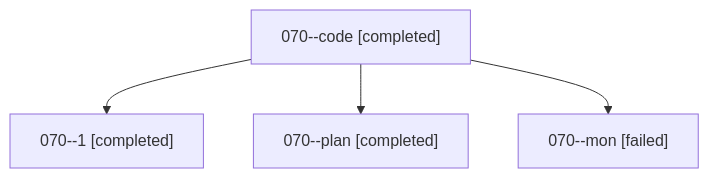
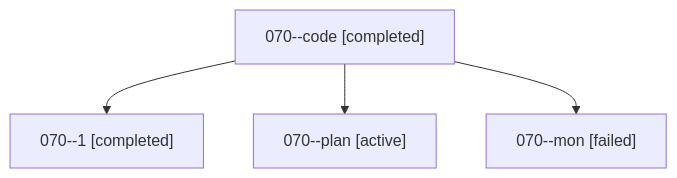
The diagram in families/bbugyi200.athena.070.md (sase-org/sase--agents), drawn with Mermaid before and after one commit. The commit also changed other lines of this file and 35830 other files, not shown here.

````diff
--- a/families/bbugyi200.athena.070.md
+++ b/families/bbugyi200.athena.070.md
@@ -9,10 +9,10 @@
 ```mermaid
 flowchart TD
   n0["070--code [completed]"]
   n1["070--1 [completed]"]
   n0 --> n1
-  n2["070--plan [completed]"]
+  n2["070--plan [active]"]
   n0 --> n2
   n3["070--mon [failed]"]
   n0 --> n3
 ```
````
